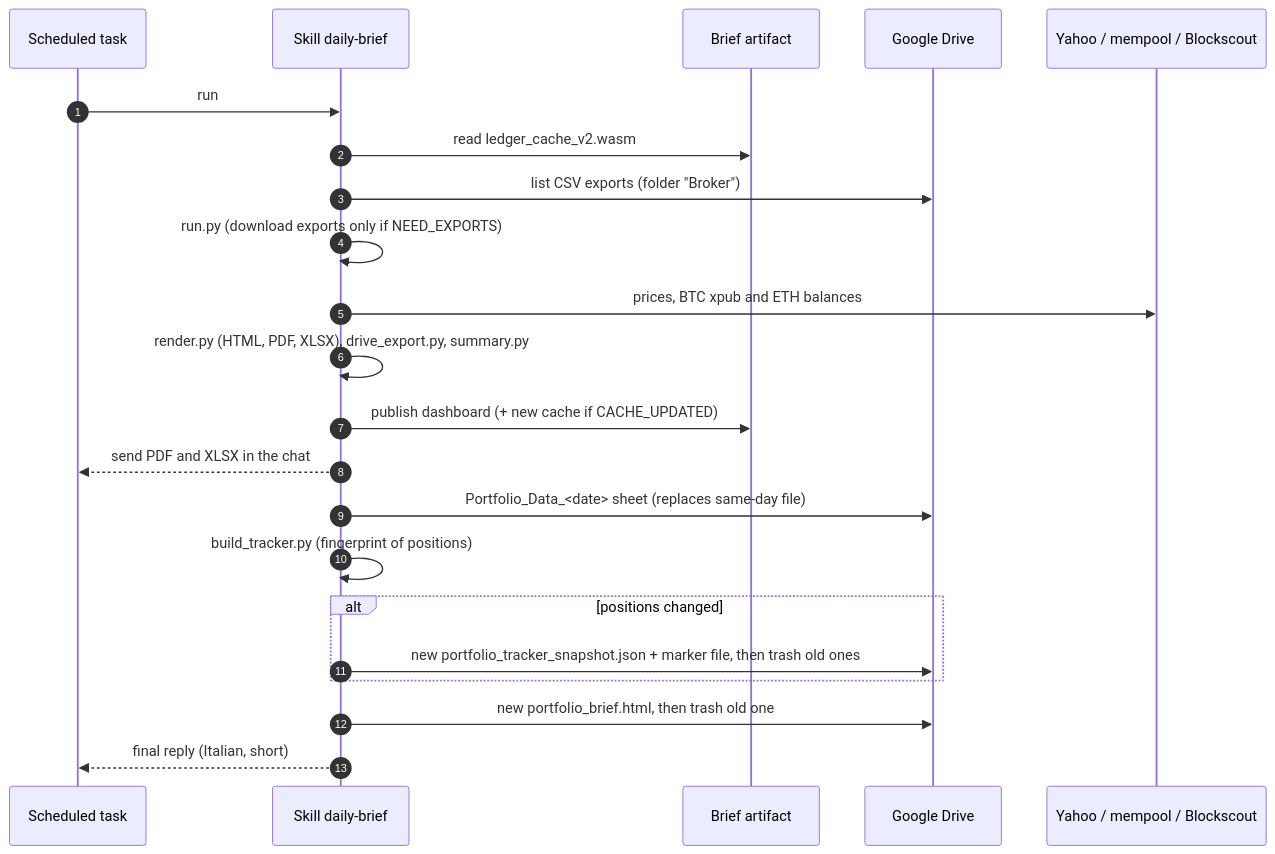
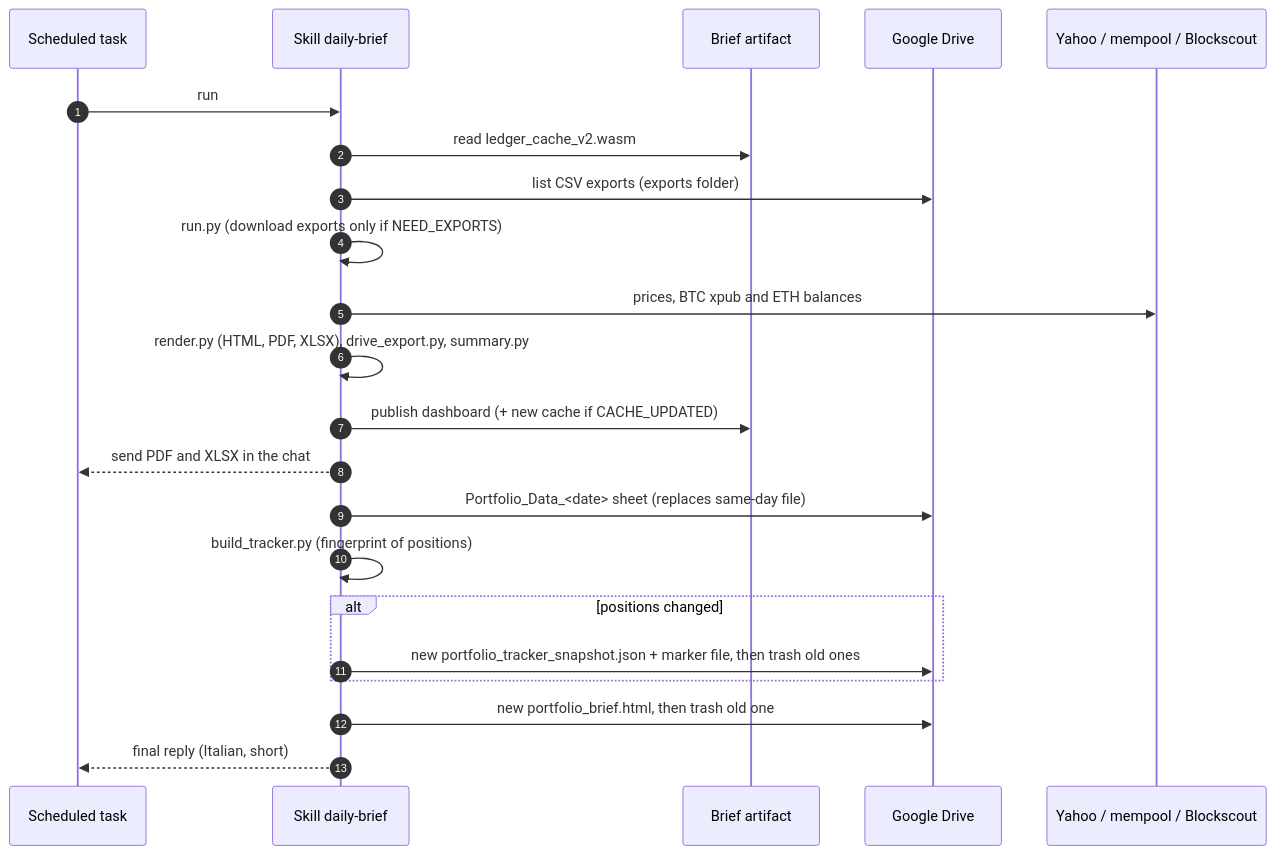
The second of 4 diagrams in docs/ARCHITECTURE.md (brunohp89/portfolio-tracker), drawn with Mermaid before and after one commit. The commit also changed other lines of this file and 1 other file, not shown here.

First line of the commit message:
Update the architecture document and make bank names generic

````diff
--- a/docs/ARCHITECTURE.md
+++ b/docs/ARCHITECTURE.md
@@ -95,24 +95,24 @@
 ```mermaid
 sequenceDiagram
   autonumber
   participant T as Scheduled task
   participant S as Skill daily-brief
   participant A as Brief artifact
   participant D as Google Drive
   participant Y as Yahoo / mempool / Blockscout
   T->>S: run
   S->>A: read ledger_cache_v2.wasm
-  S->>D: list CSV exports (folder "Broker")
+  S->>D: list CSV exports (exports folder)
   S->>S: run.py (download exports only if NEED_EXPORTS)
   S->>Y: prices, BTC xpub and ETH balances
   S->>S: render.py (HTML, PDF, XLSX), drive_export.py, summary.py
   S->>A: publish dashboard (+ new cache if CACHE_UPDATED)
   S-->>T: send PDF and XLSX in the chat
   S->>D: Portfolio_Data_<date> sheet (replaces same-day file)
   S->>S: build_tracker.py (fingerprint of positions)
   alt positions changed
     S->>D: new portfolio_tracker_snapshot.json + marker file, then trash old ones
   end
   S->>D: new portfolio_brief.html, then trash old one
   S-->>T: final reply (Italian, short)
 ```
````
